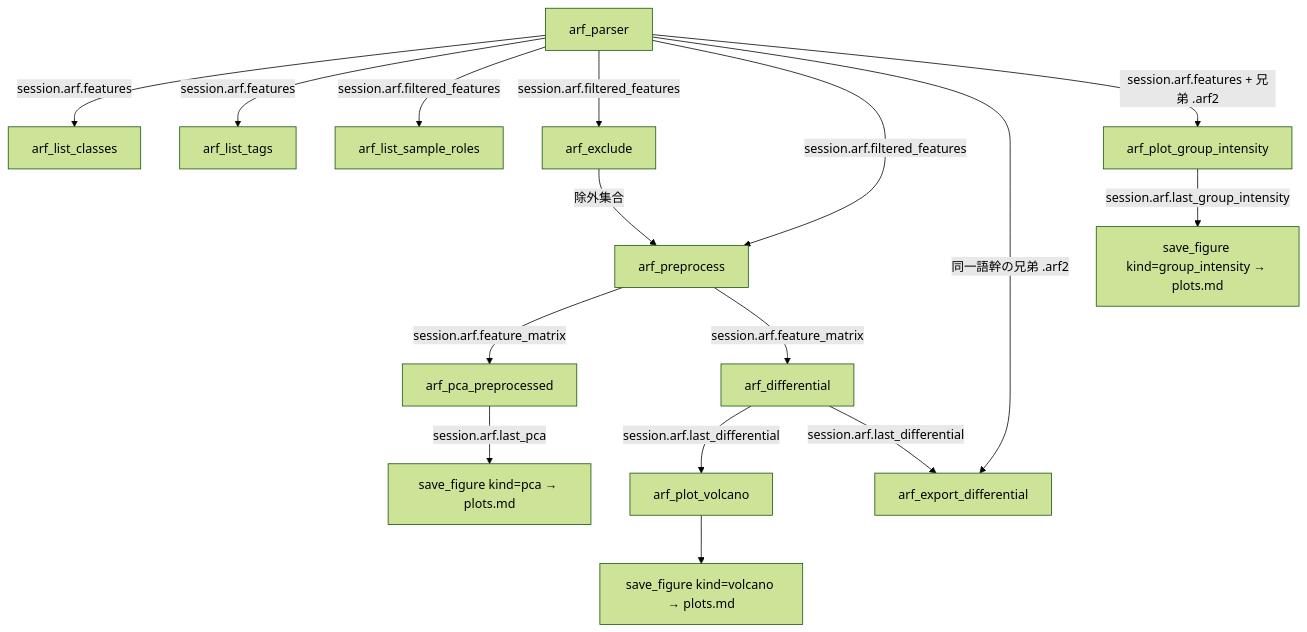
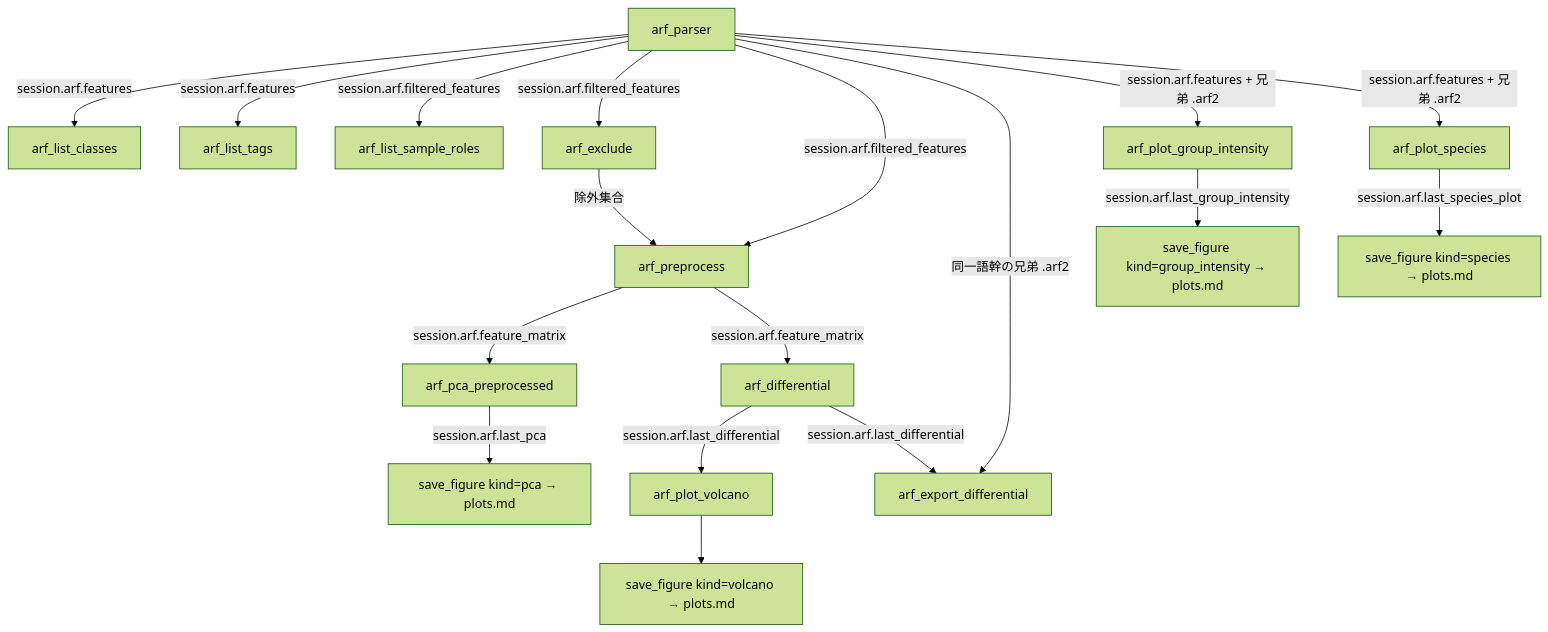
The diagram in docs/workflow/arf.md (systemsomicslab/Metabolomix_with_LLM), drawn with Mermaid (forest theme) before and after one commit. The commit also changed other lines of this file and 15 other files, not shown here.

Commit message:
feat(arf): 分子種ごとの図 arf_plot_species と save_figure(kind=species) を足す

````diff
--- a/docs/workflow/arf.md
+++ b/docs/workflow/arf.md
@@ -7,18 +7,20 @@
 ```mermaid
 flowchart TD
     P[arf_parser] -->|session.arf.features| LC[arf_list_classes]
     P -->|session.arf.features| LT[arf_list_tags]
     P -->|session.arf.filtered_features| LR[arf_list_sample_roles]
     P -->|session.arf.filtered_features| EX[arf_exclude]
     EX -->|除外集合| PP[arf_preprocess]
     P -->|session.arf.filtered_features| PP
     PP -->|session.arf.feature_matrix| PCA[arf_pca_preprocessed]
     PP -->|session.arf.feature_matrix| DIFF[arf_differential]
     DIFF -->|session.arf.last_differential| VOL[arf_plot_volcano]
     DIFF -->|session.arf.last_differential| EXPORT[arf_export_differential]
     P -->|同一語幹の兄弟 .arf2| EXPORT
     PCA -->|session.arf.last_pca| SPF[save_figure kind=pca → plots.md]
     VOL --> SVF[save_figure kind=volcano → plots.md]
     P -->|session.arf.features + 兄弟 .arf2| GI[arf_plot_group_intensity]
     GI -->|session.arf.last_group_intensity| SGI[save_figure kind=group_intensity → plots.md]
+    P -->|session.arf.features + 兄弟 .arf2| SP[arf_plot_species]
+    SP -->|session.arf.last_species_plot| SSP[save_figure kind=species → plots.md]
 ```
````
